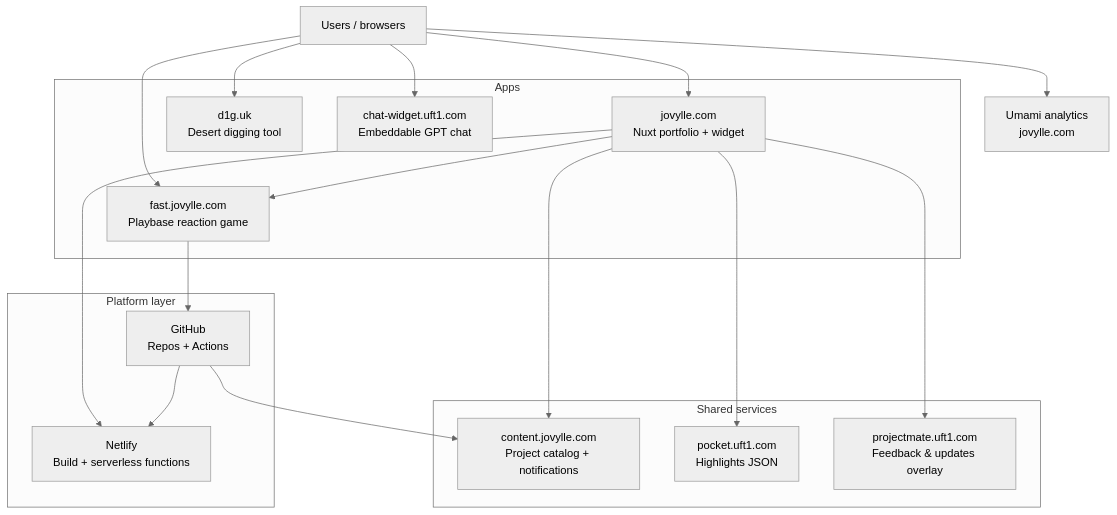
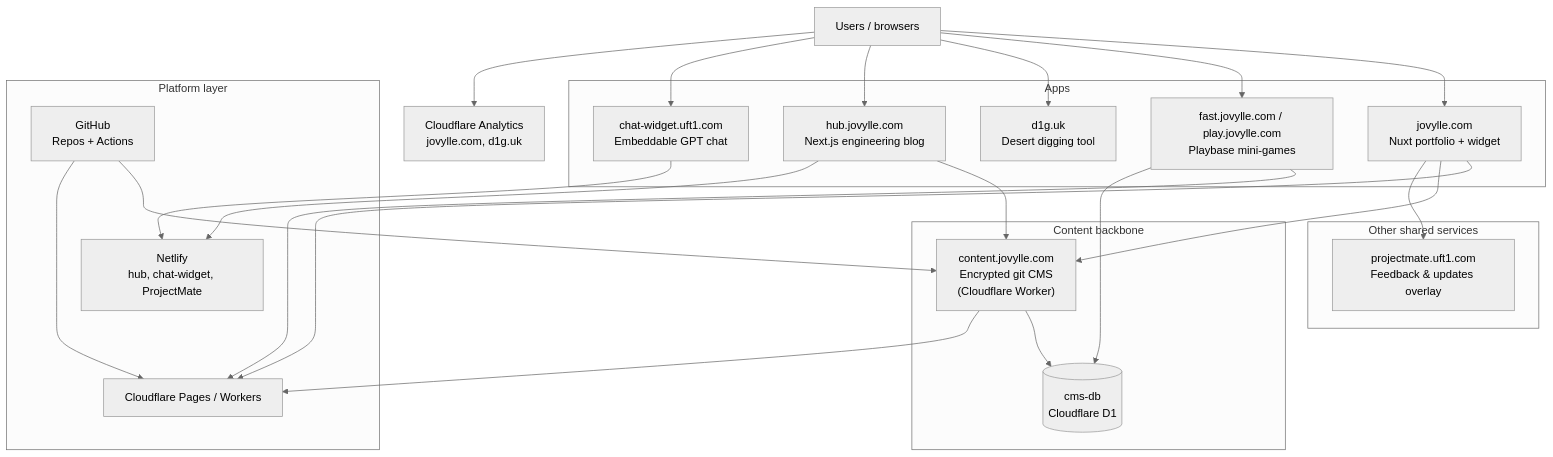
Before and after one commit to jovylle/jovylle.com: the diagram in content/ecosystem.md, drawn with Mermaid (neutral theme). The commit also changed other lines of this file and 3 other files, not shown here.

````diff
--- a/content/ecosystem.md
+++ b/content/ecosystem.md
@@ -12,38 +12,48 @@
 ```mermaid
 flowchart TB
   Users["Users / browsers"]
 
   subgraph apps["Apps"]
     Portfolio["jovylle.com<br/>Nuxt portfolio + widget"]
-    Playbase["fast.jovylle.com<br/>Playbase reaction game"]
+    Playbase["fast.jovylle.com / play.jovylle.com<br/>Playbase mini-games"]
     D1G["d1g.uk<br/>Desert digging tool"]
+    Hub["hub.jovylle.com<br/>Next.js engineering blog"]
     ChatW["chat-widget.uft1.com<br/>Embeddable GPT chat"]
   end
 
-  subgraph shared["Shared services"]
-    CDN["content.jovylle.com<br/>Project catalog + notifications"]
-    Pocket["pocket.uft1.com<br/>Highlights JSON"]
+  subgraph cms["Content backbone"]
+    CMS["content.jovylle.com<br/>Encrypted git CMS<br/>(Cloudflare Worker)"]
+    DB[("cms-db<br/>Cloudflare D1")]
+  end
+
+  subgraph shared["Other shared services"]
     PMate["projectmate.uft1.com<br/>Feedback & updates overlay"]
   end
 
   subgraph platform["Platform layer"]
-    Netlify["Netlify<br/>Build + serverless functions"]
+    CF["Cloudflare Pages / Workers"]
+    Netlify["Netlify<br/>hub, chat-widget, ProjectMate"]
     GH["GitHub<br/>Repos + Actions"]
   end
 
-  Obs["Umami analytics<br/>jovylle.com"]
+  Obs["Cloudflare Analytics<br/>jovylle.com, d1g.uk"]
 
   Users --> Portfolio
   Users --> Playbase
   Users --> D1G
+  Users --> Hub
   Users --> ChatW
-  Portfolio --> Netlify
-  Portfolio --> Playbase
-  Portfolio --> Pocket
+  Portfolio --> CF
+  Portfolio --> CMS
   Portfolio --> PMate
-  Portfolio --> CDN
-  Playbase --> GH
-  GH --> CDN
-  GH --> Netlify
+  Hub --> CMS
+  Hub --> Netlify
+  ChatW --> Netlify
+  Playbase --> CF
+  Playbase --> DB
+  CMS --> DB
+  CMS --> CF
+  GH --> CMS
+  GH --> CF
   Users --> Obs
 ```
````
